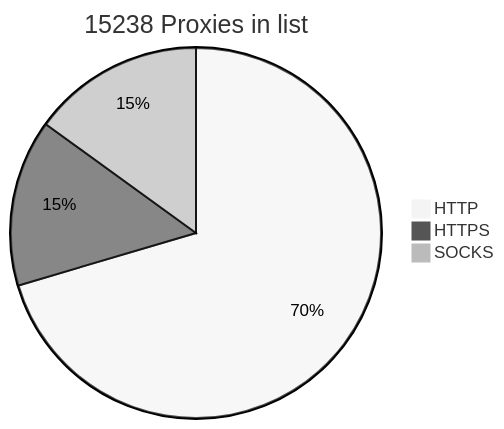
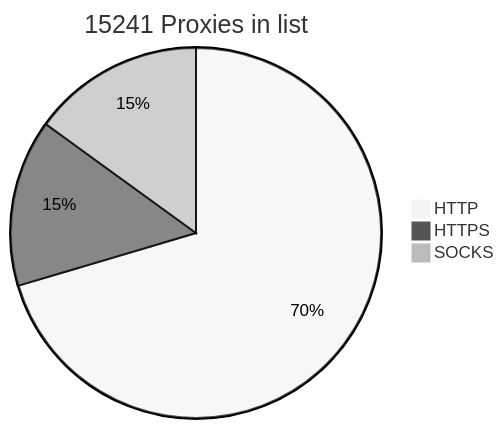
Before and after one commit to BlackSnowDot/proxylist-update-every-minute: the diagram in README.md, drawn with Mermaid (neutral theme).

````diff
--- a/README.md
+++ b/README.md
@@ -2,6 +2,6 @@
 ```mermaid
-pie title 15238 Proxies in list
-    "HTTP" : 11236
-    "HTTPS": 2321
+pie title 15241 Proxies in list
+    "HTTP" : 11240
+    "HTTPS": 2326
     "SOCKS" : 2397
 ```
````
